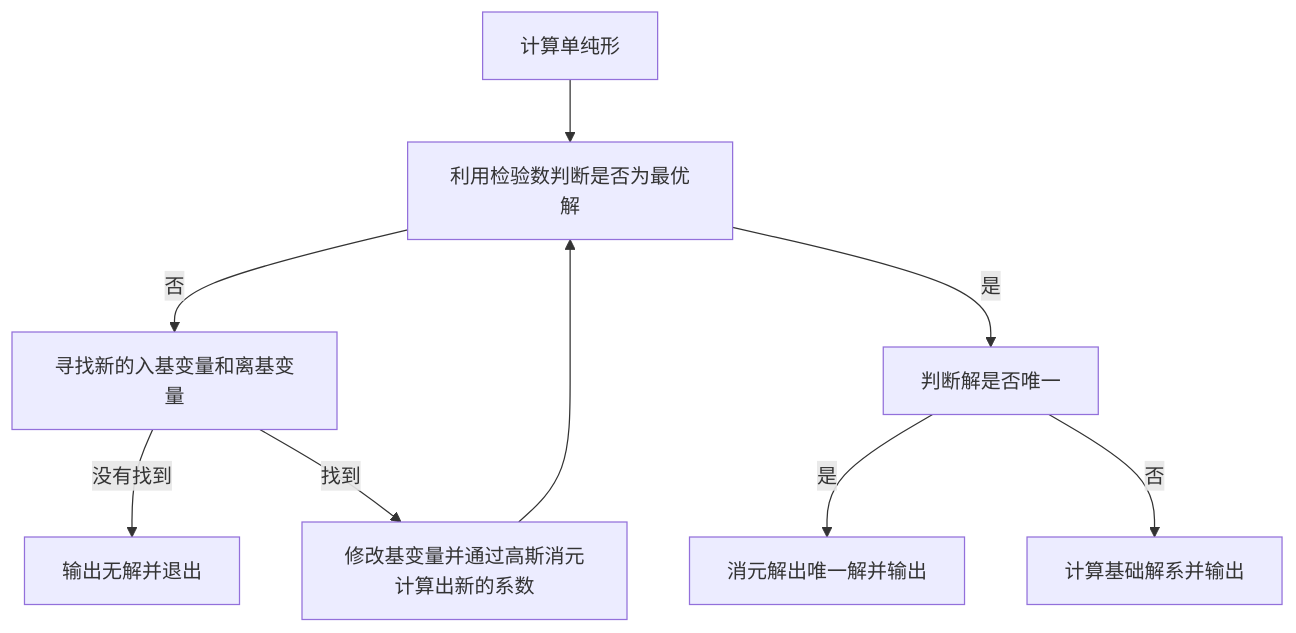
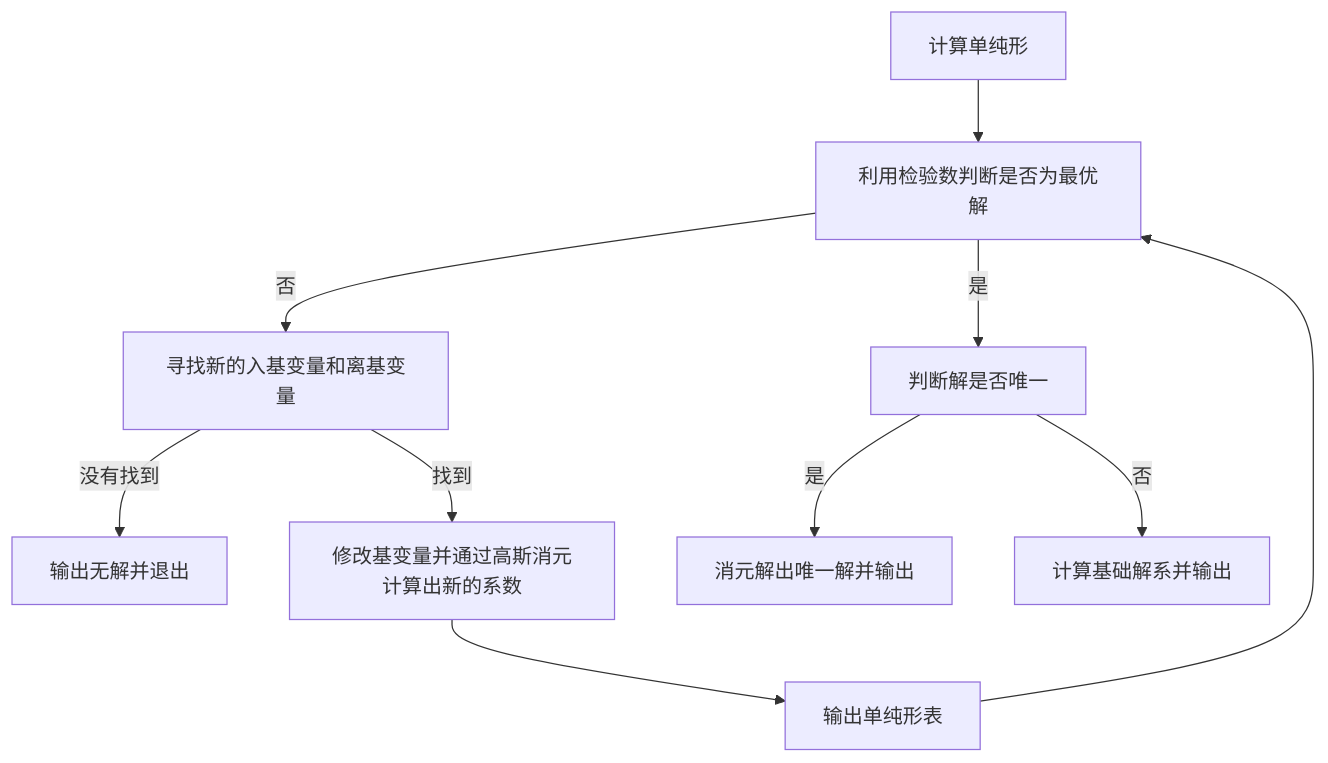
Before and after one commit to SxyLimit/Simplex: the second of 2 diagrams in README.md, drawn with Mermaid. The commit also changed other lines of this file, not shown here.

````diff
--- a/README.md
+++ b/README.md
@@ -14,11 +16,12 @@
 ```mermaid
 graph TD
 	A[计算单纯形] --> B[利用检验数判断是否为最优解]
 	B -- 否 --> C[寻找新的入基变量和离基变量]
 	C -- 没有找到 --> D[输出无解并退出]
 	C -- 找到 --> E[修改基变量并通过高斯消元计算出新的系数]
-	E --> B
+	E --> I[输出单纯形表]
+	I --> B
 	B -- 是 --> F[判断解是否唯一]
 	F -- 是 --> G[消元解出唯一解并输出]
 	F -- 否 --> H[计算基础解系并输出]
 ```
````
